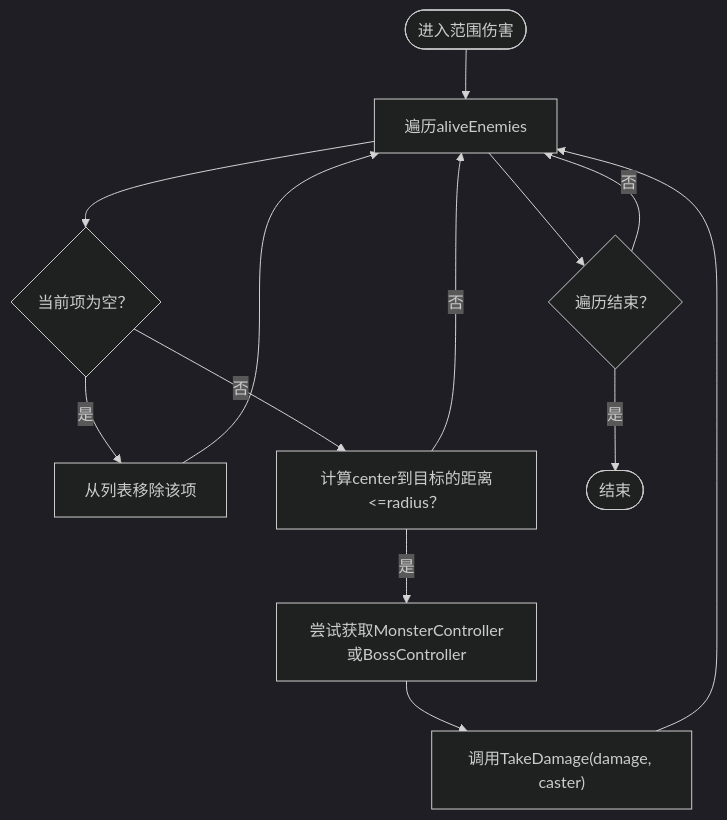
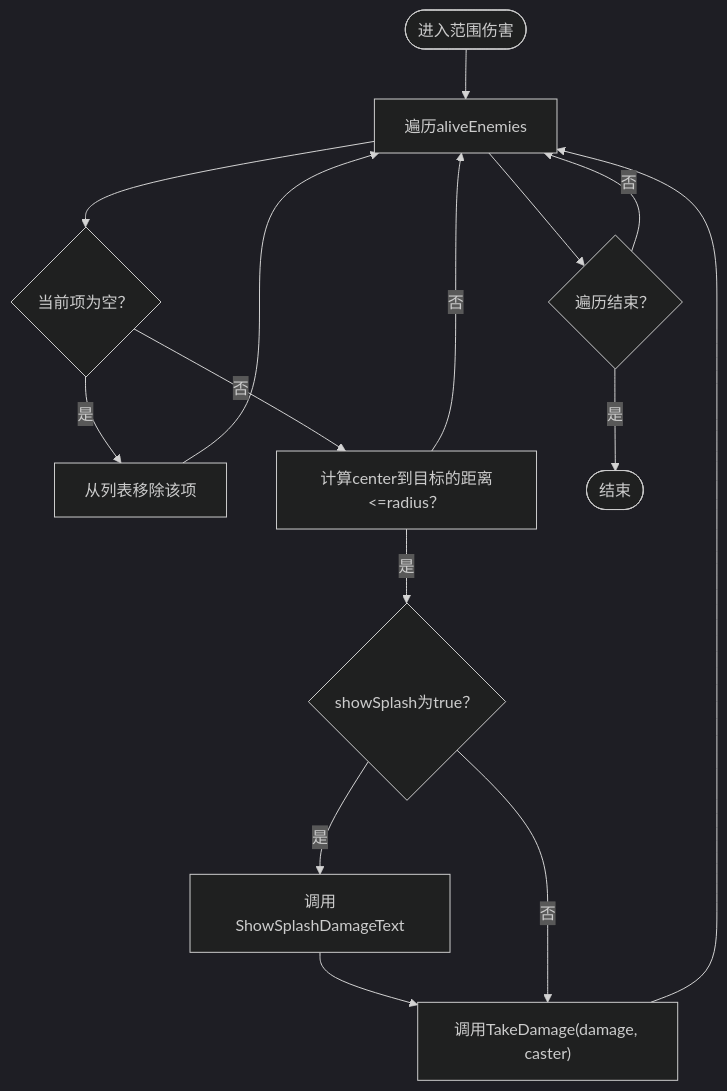
The fifth of 6 diagrams in .qoder/repowiki/zh/content/战斗系统/战斗管理器.md (Tuusen/p1_client), drawn with Mermaid (dark theme) before and after one commit. The commit also changed other lines of this file and 9 other files, not shown here.

````diff
--- a/.qoder/repowiki/zh/content/战斗系统/战斗管理器.md
+++ b/.qoder/repowiki/zh/content/战斗系统/战斗管理器.md
@@ -230,14 +246,16 @@
 ```mermaid
 flowchart TD
 Start(["进入范围伤害"]) --> Iterate["遍历aliveEnemies"]
 Iterate --> NullCheck{"当前项为空？"}
 NullCheck --> |是| Remove["从列表移除该项"] --> Iterate
 NullCheck --> |否| DistCheck["计算center到目标的距离<=radius？"]
 DistCheck --> |否| Iterate
-DistCheck --> |是| Cast["尝试获取MonsterController或BossController"]
-Cast --> Apply["调用TakeDamage(damage, caster)"]
+DistCheck --> |是| SplashCheck{"showSplash为true？"}
+SplashCheck --> |是| ShowSplash["调用ShowSplashDamageText"]
+ShowSplash --> Apply["调用TakeDamage(damage, caster)"]
+SplashCheck --> |否| Apply
 Apply --> Iterate
 Iterate --> Done{"遍历结束？"}
 Done --> |否| Iterate
 Done --> |是| End(["结束"])
 ```
````
